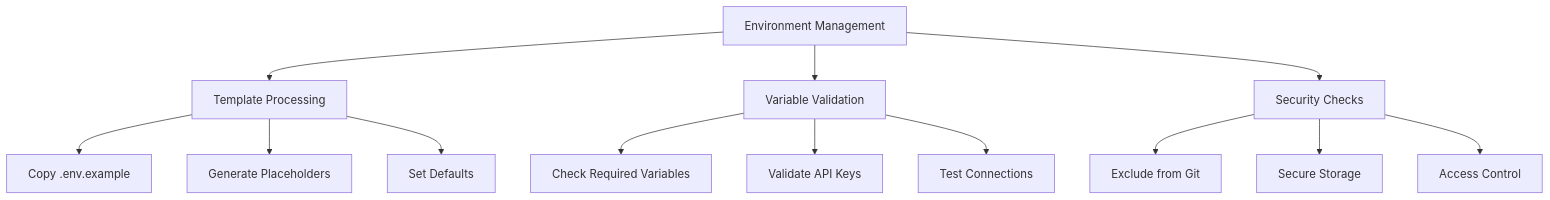
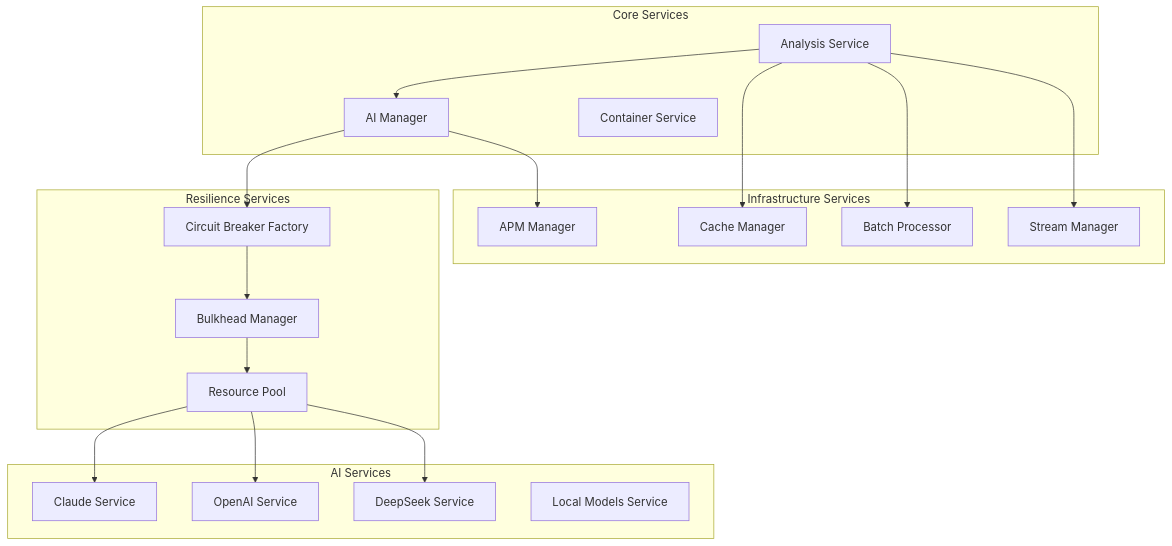
Before and after one commit to radicalkjax/Athena: the sixth of 24 diagrams in docs/ARCHITECTURE.md, drawn with Mermaid. The commit also changed other lines of this file and 94 other files, not shown here.

````diff
--- a/docs/ARCHITECTURE.md
+++ b/docs/ARCHITECTURE.md
@@ -218,18 +240,43 @@
 ```mermaid
-flowchart TD
-    A[Environment Management] --> B[Template Processing]
-    A --> C[Variable Validation]
-    A --> D[Security Checks]
+graph TB
+    subgraph "Core Services"
+        AnalysisService[Analysis Service]
+        AIManager[AI Manager]
+        ContainerService[Container Service]
+    end
     
-    B --> B1[Copy .env.example]
-    B --> B2[Generate Placeholders]
-    B --> B3[Set Defaults]
+    subgraph "AI Services"
+        ClaudeService[Claude Service]
+        OpenAIService[OpenAI Service]
+        DeepSeekService[DeepSeek Service]
+        LocalModels[Local Models Service]
+    end
     
-    C --> C1[Check Required Variables]
-    C --> C2[Validate API Keys]
-    C --> C3[Test Connections]
+    subgraph "Infrastructure Services"
+        CacheManager[Cache Manager]
+        APMManager[APM Manager]
+        BatchProcessor[Batch Processor]
+        StreamManager[Stream Manager]
+    end
     
-    D --> D1[Exclude from Git]
-    D --> D2[Secure Storage]
-    D --> D3[Access Control]
+    subgraph "Resilience Services"
+        CircuitFactory[Circuit Breaker Factory]
+        BulkheadMgr[Bulkhead Manager]
+        ResourcePool[Resource Pool]
+    end
+    
+    AnalysisService --> AIManager
+    AIManager --> CircuitFactory
+    CircuitFactory --> BulkheadMgr
+    BulkheadMgr --> ResourcePool
+    
+    ResourcePool --> ClaudeService
+    ResourcePool --> OpenAIService
+    ResourcePool --> DeepSeekService
+    
+    AnalysisService --> CacheManager
+    AnalysisService --> BatchProcessor
+    AnalysisService --> StreamManager
+    
+    AIManager --> APMManager
 ```
````
